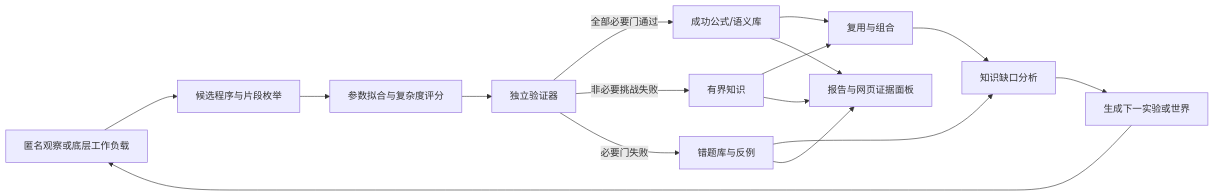
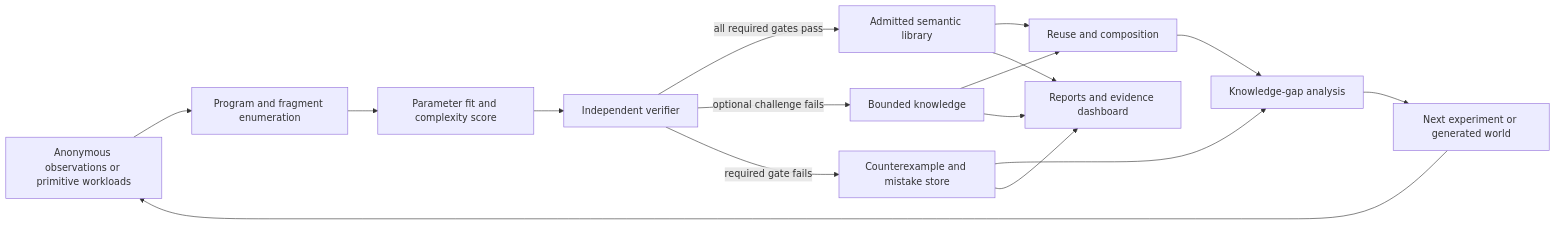
One commit to HmZ9874/akgm-n0 changed the diagram in README.md. Above: the diagram before and after it, drawn with Mermaid. The commit also changed other lines of this file, not shown here.

```diff
--- a/README.md
+++ b/README.md
@@ -41,18 +49,18 @@
 ~~~mermaid
 flowchart LR
-    A[匿名观察或底层工作负载] --> B[候选程序与片段枚举]
-    B --> C[参数拟合与复杂度评分]
-    C --> D[独立验证器]
-    D -->|全部必要门通过| E[成功公式/语义库]
-    D -->|非必要挑战失败| F[有界知识]
-    D -->|必要门失败| G[错题库与反例]
-    E --> H[复用与组合]
+    A[Anonymous observations or primitive workloads] --> B[Program and fragment enumeration]
+    B --> C[Parameter fit and complexity score]
+    C --> D[Independent verifier]
+    D -->|all required gates pass| E[Admitted semantic library]
+    D -->|optional challenge fails| F[Bounded knowledge]
+    D -->|required gate fails| G[Counterexample and mistake store]
+    E --> H[Reuse and composition]
     F --> H
-    G --> I[知识缺口分析]
+    G --> I[Knowledge-gap analysis]
     H --> I
-    I --> J[生成下一实验或世界]
+    I --> J[Next experiment or generated world]
     J --> A
-    E --> K[报告与网页证据面板]
+    E --> K[Reports and evidence dashboard]
     F --> K
     G --> K
 ~~~
```
